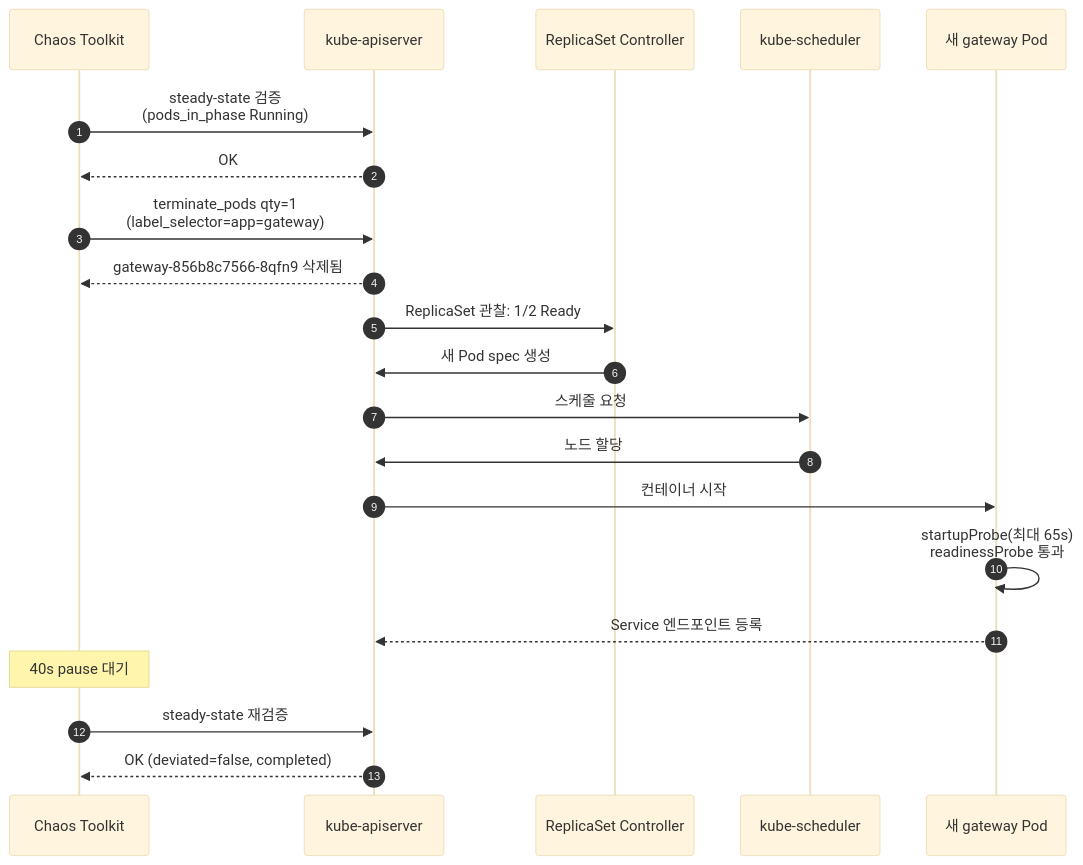
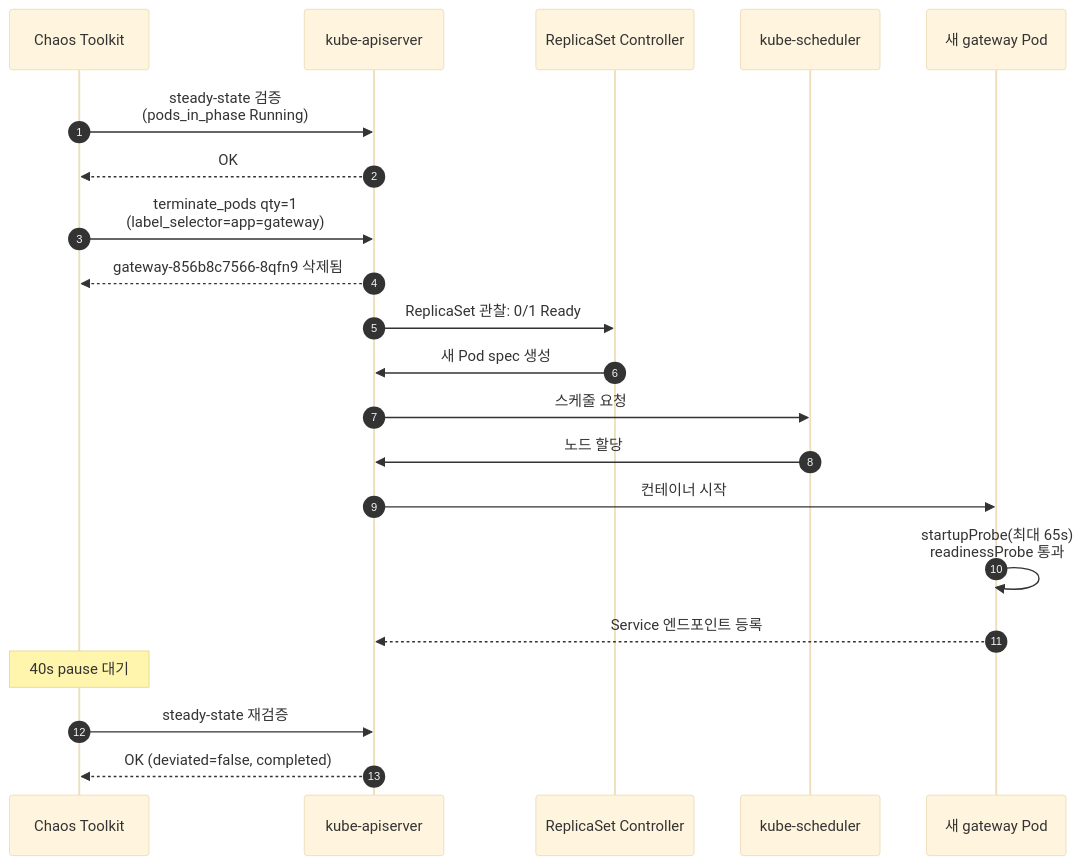
The second of 2 diagrams in docs/OPENTRAUM-INFRA-06-OPERATIONS.md (OpenTraum/OpenTraum-Infra), drawn with Mermaid before and after one commit. The commit also changed other lines of this file and 12 other files, not shown here.

````diff
--- a/docs/OPENTRAUM-INFRA-06-OPERATIONS.md
+++ b/docs/OPENTRAUM-INFRA-06-OPERATIONS.md
@@ -200,25 +195,25 @@
 ```mermaid
 %%{init:{'theme':'base'}}%%
 sequenceDiagram
     autonumber
     participant CT as Chaos Toolkit
     participant API as kube-apiserver
     participant CTRL as ReplicaSet Controller
     participant SCH as kube-scheduler
     participant POD as 새 gateway Pod
 
     CT->>API: steady-state 검증<br/>(pods_in_phase Running)
     API-->>CT: OK
     CT->>API: terminate_pods qty=1<br/>(label_selector=app=gateway)
     API-->>CT: gateway-856b8c7566-8qfn9 삭제됨
-    API->>CTRL: ReplicaSet 관찰: 1/2 Ready
+    API->>CTRL: ReplicaSet 관찰: 0/1 Ready
     CTRL->>API: 새 Pod spec 생성
     API->>SCH: 스케줄 요청
     SCH->>API: 노드 할당
     API->>POD: 컨테이너 시작
     POD->>POD: startupProbe(최대 65s)<br/>readinessProbe 통과
     POD-->>API: Service 엔드포인트 등록
     Note over CT: 40s pause 대기
     CT->>API: steady-state 재검증
     API-->>CT: OK (deviated=false, completed)
 ```
````
